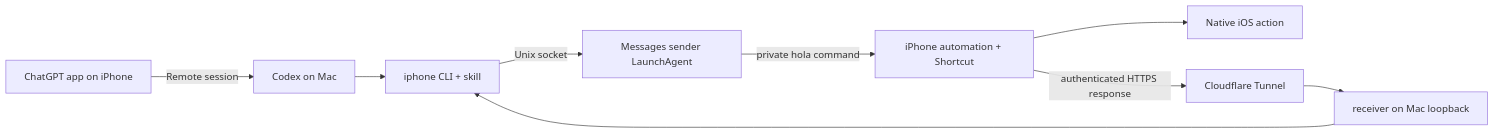
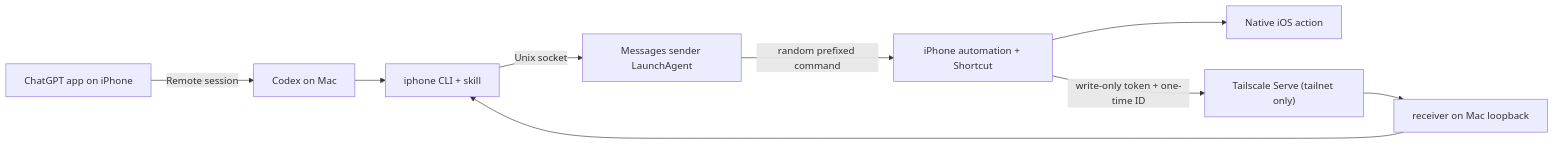
Before and after one commit to VRVV02/codex-ios-assistant: the diagram in README.md, drawn with Mermaid. The commit also changed other lines of this file and 31 other files, not shown here.

Commit message:
Harden iPhone bridge for private tailnet use

````diff
--- a/README.md
+++ b/README.md
@@ -25,11 +30,11 @@
 ```mermaid
 flowchart LR
     A["ChatGPT app on iPhone"] -->|Remote session| B["Codex on Mac"]
     B --> C["iphone CLI + skill"]
     C -->|Unix socket| D["Messages sender LaunchAgent"]
-    D -->|private hola command| E["iPhone automation + Shortcut"]
+    D -->|random prefixed command| E["iPhone automation + Shortcut"]
     E --> F["Native iOS action"]
-    E -->|authenticated HTTPS response| G["Cloudflare Tunnel"]
+    E -->|write-only token + one-time ID| G["Tailscale Serve (tailnet only)"]
     G --> H["receiver on Mac loopback"]
     H --> C
 ```
````
